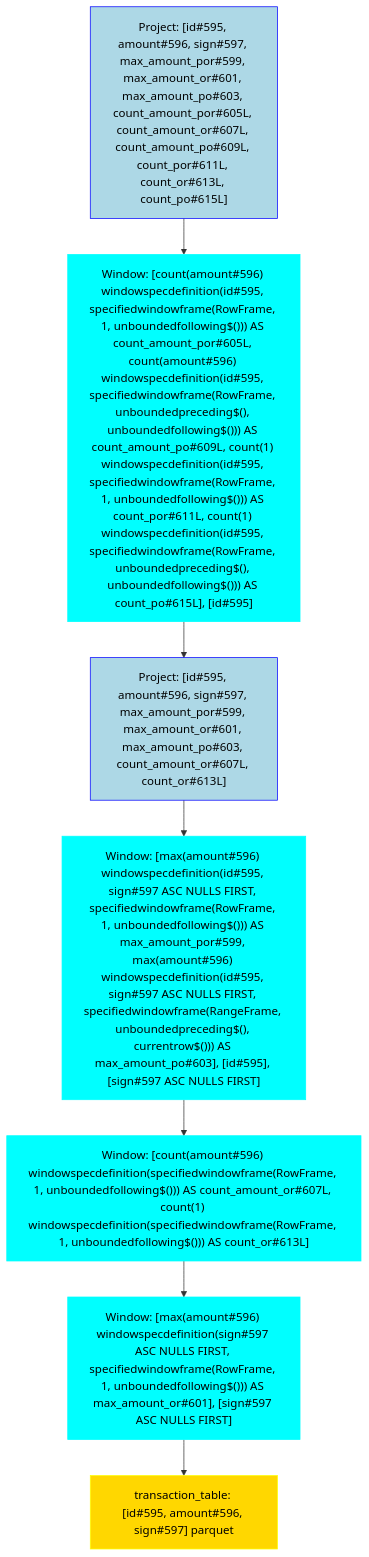
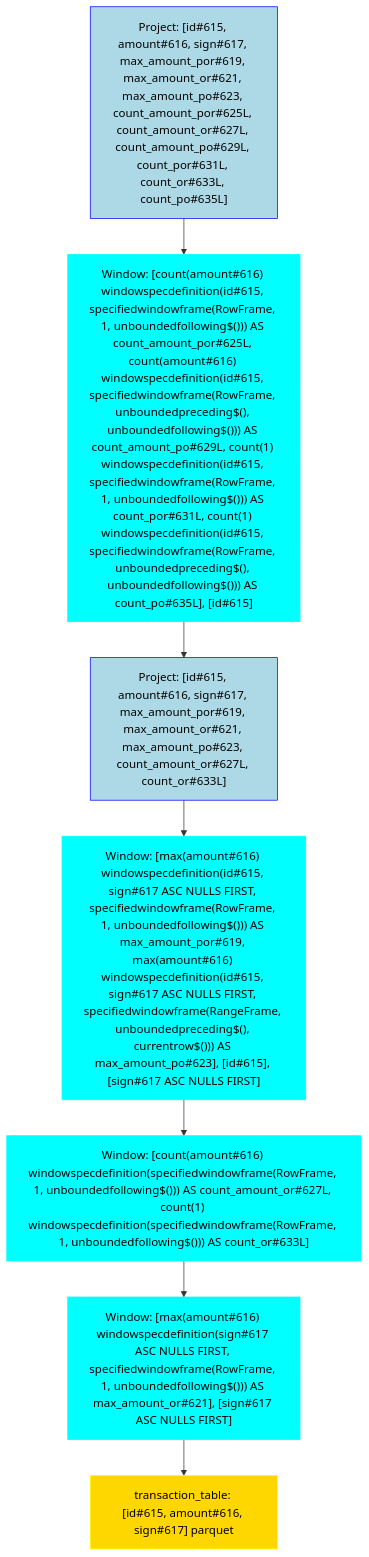
One commit to NielkNetraam/explainalyzed changed the diagram in data/visualization/window_column_3.mmd. Above: the diagram before and after it, drawn with Mermaid. The commit also changed 31 other files, not shown here.

```diff
--- a/data/visualization/window_column_3.mmd
+++ b/data/visualization/window_column_3.mmd
@@ -1,23 +1,23 @@
 flowchart TD
     classDef PROJECT stroke:Blue,fill:LightBlue,color:black
     classDef FILTER stroke:Green,fill:LightGreen,color:black
     classDef UNION stroke:Purple,fill:Violet,color:black
     classDef JOIN stroke:DarkOrange,fill:Orange,color:black
     classDef RELATION stroke:Yellow,fill:Gold,color:black
     classDef AGGREGATE stroke:Brown,fill:Chocolate,color:black
     classDef WINDOW stroke:Aqua,fill:Cyan,color:black
 
-    Project#00001["Project: [id#595, amount#596, sign#597, max_amount_por#599, max_amount_or#601, max_amount_po#603, count_amount_por#605L, count_amount_or#607L, count_amount_po#609L, count_por#611L, count_or#613L, count_po#615L]"]:::PROJECT
-    Window#00002["Window: [count(amount#596) windowspecdefinition(id#595, specifiedwindowframe(RowFrame, 1, unboundedfollowing$())) AS count_amount_por#605L, count(amount#596) windowspecdefinition(id#595, specifiedwindowframe(RowFrame, unboundedpreceding$(), unboundedfollowing$())) AS count_amount_po#609L, count(1) windowspecdefinition(id#595, specifiedwindowframe(RowFrame, 1, unboundedfollowing$())) AS count_por#611L, count(1) windowspecdefinition(id#595, specifiedwindowframe(RowFrame, unboundedpreceding$(), unboundedfollowing$())) AS count_po#615L], [id#595]"]:::WINDOW
-    Project#00003["Project: [id#595, amount#596, sign#597, max_amount_por#599, max_amount_or#601, max_amount_po#603, count_amount_or#607L, count_or#613L]"]:::PROJECT
-    Window#00004["Window: [max(amount#596) windowspecdefinition(id#595, sign#597 ASC NULLS FIRST, specifiedwindowframe(RowFrame, 1, unboundedfollowing$())) AS max_amount_por#599, max(amount#596) windowspecdefinition(id#595, sign#597 ASC NULLS FIRST, specifiedwindowframe(RangeFrame, unboundedpreceding$(), currentrow$())) AS max_amount_po#603], [id#595], [sign#597 ASC NULLS FIRST]"]:::WINDOW
-    Window#00005["Window: [count(amount#596) windowspecdefinition(specifiedwindowframe(RowFrame, 1, unboundedfollowing$())) AS count_amount_or#607L, count(1) windowspecdefinition(specifiedwindowframe(RowFrame, 1, unboundedfollowing$())) AS count_or#613L]"]:::WINDOW
-    Window#00006["Window: [max(amount#596) windowspecdefinition(sign#597 ASC NULLS FIRST, specifiedwindowframe(RowFrame, 1, unboundedfollowing$())) AS max_amount_or#601], [sign#597 ASC NULLS FIRST]"]:::WINDOW
-    Relation#00007["transaction_table: [id#595, amount#596, sign#597] parquet"]:::RELATION
+    Project#00001["Project: [id#615, amount#616, sign#617, max_amount_por#619, max_amount_or#621, max_amount_po#623, count_amount_por#625L, count_amount_or#627L, count_amount_po#629L, count_por#631L, count_or#633L, count_po#635L]"]:::PROJECT
+    Window#00002["Window: [count(amount#616) windowspecdefinition(id#615, specifiedwindowframe(RowFrame, 1, unboundedfollowing$())) AS count_amount_por#625L, count(amount#616) windowspecdefinition(id#615, specifiedwindowframe(RowFrame, unboundedpreceding$(), unboundedfollowing$())) AS count_amount_po#629L, count(1) windowspecdefinition(id#615, specifiedwindowframe(RowFrame, 1, unboundedfollowing$())) AS count_por#631L, count(1) windowspecdefinition(id#615, specifiedwindowframe(RowFrame, unboundedpreceding$(), unboundedfollowing$())) AS count_po#635L], [id#615]"]:::WINDOW
+    Project#00003["Project: [id#615, amount#616, sign#617, max_amount_por#619, max_amount_or#621, max_amount_po#623, count_amount_or#627L, count_or#633L]"]:::PROJECT
+    Window#00004["Window: [max(amount#616) windowspecdefinition(id#615, sign#617 ASC NULLS FIRST, specifiedwindowframe(RowFrame, 1, unboundedfollowing$())) AS max_amount_por#619, max(amount#616) windowspecdefinition(id#615, sign#617 ASC NULLS FIRST, specifiedwindowframe(RangeFrame, unboundedpreceding$(), currentrow$())) AS max_amount_po#623], [id#615], [sign#617 ASC NULLS FIRST]"]:::WINDOW
+    Window#00005["Window: [count(amount#616) windowspecdefinition(specifiedwindowframe(RowFrame, 1, unboundedfollowing$())) AS count_amount_or#627L, count(1) windowspecdefinition(specifiedwindowframe(RowFrame, 1, unboundedfollowing$())) AS count_or#633L]"]:::WINDOW
+    Window#00006["Window: [max(amount#616) windowspecdefinition(sign#617 ASC NULLS FIRST, specifiedwindowframe(RowFrame, 1, unboundedfollowing$())) AS max_amount_or#621], [sign#617 ASC NULLS FIRST]"]:::WINDOW
+    Relation#00007["transaction_table: [id#615, amount#616, sign#617] parquet"]:::RELATION
 
     Project#00001 --> Window#00002
         Window#00002 --> Project#00003
             Project#00003 --> Window#00004
                 Window#00004 --> Window#00005
                     Window#00005 --> Window#00006
                         Window#00006 --> Relation#00007
```
